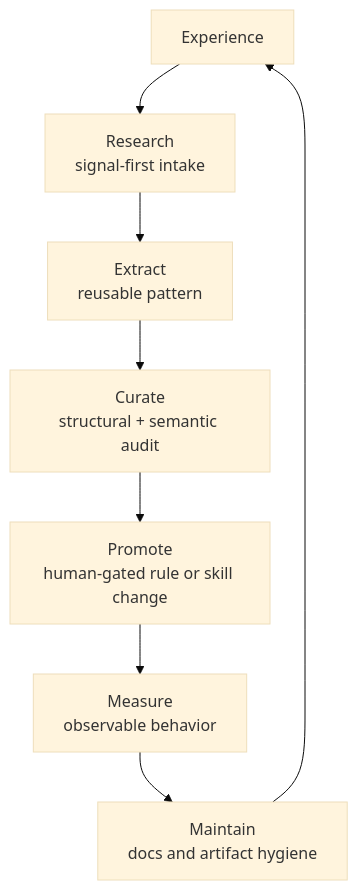
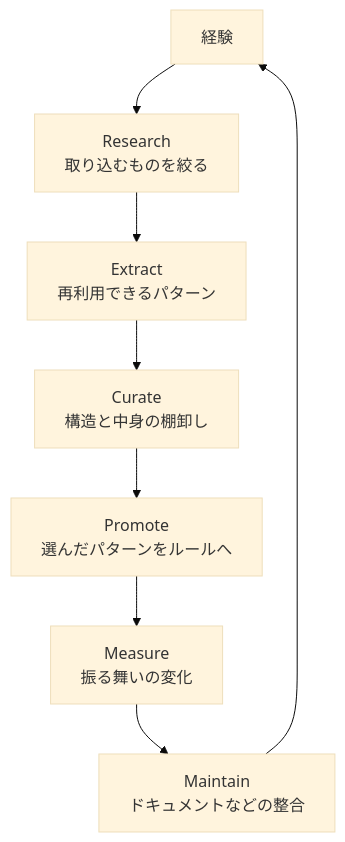
Before and after one commit to shimo4228/agent-knowledge-cycle: the diagram in README.ja.md, drawn with Mermaid (base theme). The commit also changed other lines of this file and 3 other files, not shown here.

````diff
--- a/README.ja.md
+++ b/README.ja.md
@@ -41,10 +41,10 @@
 ```mermaid
 flowchart TD
-  E[Experience] --> R[Research<br/>signal-first intake]
-  R --> X[Extract<br/>reusable pattern]
-  X --> C[Curate<br/>structural + semantic audit]
-  C --> P[Promote<br/>human-gated rule or skill change]
-  P --> M[Measure<br/>observable behavior]
-  M --> T[Maintain<br/>docs and artifact hygiene]
+  E[経験] --> R[Research<br/>取り込むものを絞る]
+  R --> X[Extract<br/>再利用できるパターン]
+  X --> C[Curate<br/>構造と中身の棚卸し]
+  C --> P[Promote<br/>選んだパターンをルールへ]
+  P --> M[Measure<br/>振る舞いの変化]
+  M --> T[Maintain<br/>ドキュメントなどの整合]
   T --> E
 ```
````
